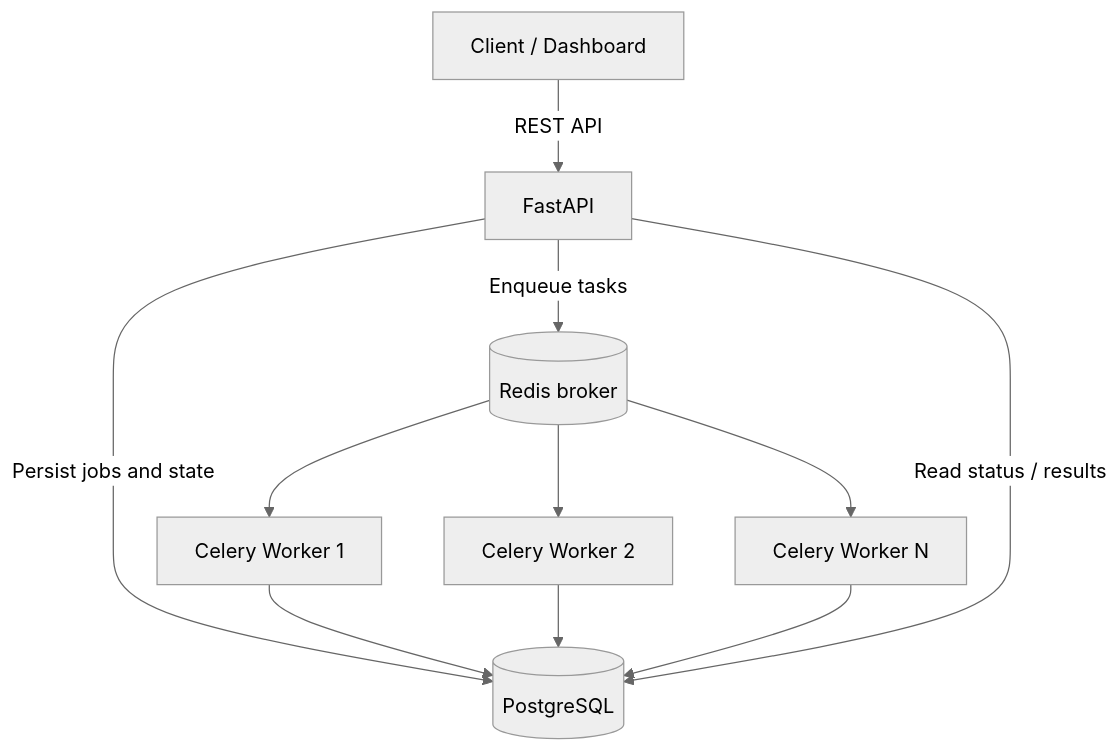
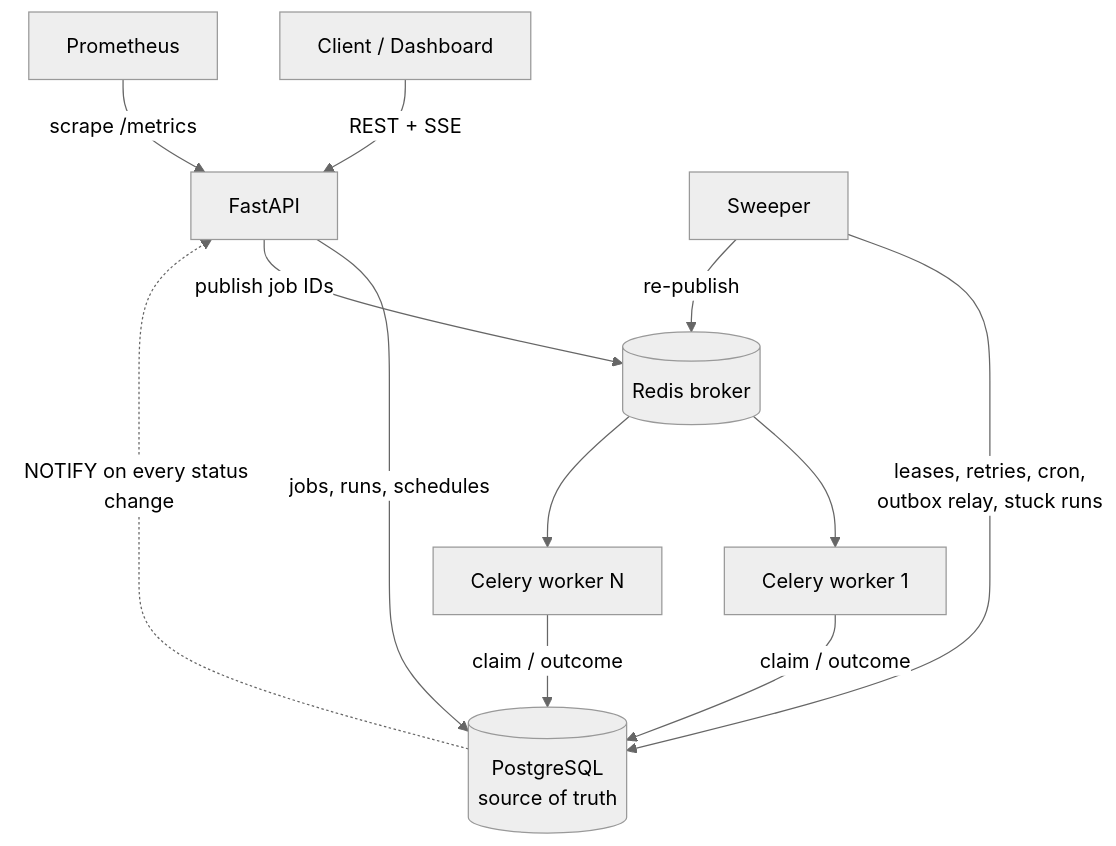
One commit to BelalRaza/FlowGrid-Distributed-Workflow-Task-Orchestration-Platform changed the diagram in README.md. Above: the diagram before and after it, drawn with Mermaid (neutral theme). The commit also changed other lines of this file and 39 other files, not shown here.

````diff
--- a/README.md
+++ b/README.md
@@ -70,13 +70,14 @@
 ```mermaid
 flowchart TD
-    C[Client / Dashboard] -->|REST API| A[FastAPI]
-    A -->|Persist jobs and state| P[(PostgreSQL)]
-    A -->|Enqueue tasks| Q[(Redis broker)]
-    Q --> W1[Celery Worker 1]
-    Q --> W2[Celery Worker 2]
-    Q --> W3[Celery Worker N]
-    W1 --> P
-    W2 --> P
-    W3 --> P
-    A -->|Read status / results| P
+    C[Client / Dashboard] -->|REST + SSE| A[FastAPI]
+    A -->|jobs, runs, schedules| P[(PostgreSQL<br/>source of truth)]
+    A -->|publish job IDs| Q[(Redis broker)]
+    Q --> W1[Celery worker 1]
+    Q --> W2[Celery worker N]
+    W1 -->|claim / outcome| P
+    W2 -->|claim / outcome| P
+    S[Sweeper] -->|leases, retries, cron,<br/>outbox relay, stuck runs| P
+    S -->|re-publish| Q
+    P -. NOTIFY on every status change .-> A
+    M[Prometheus] -->|scrape /metrics| A
 ```
````
